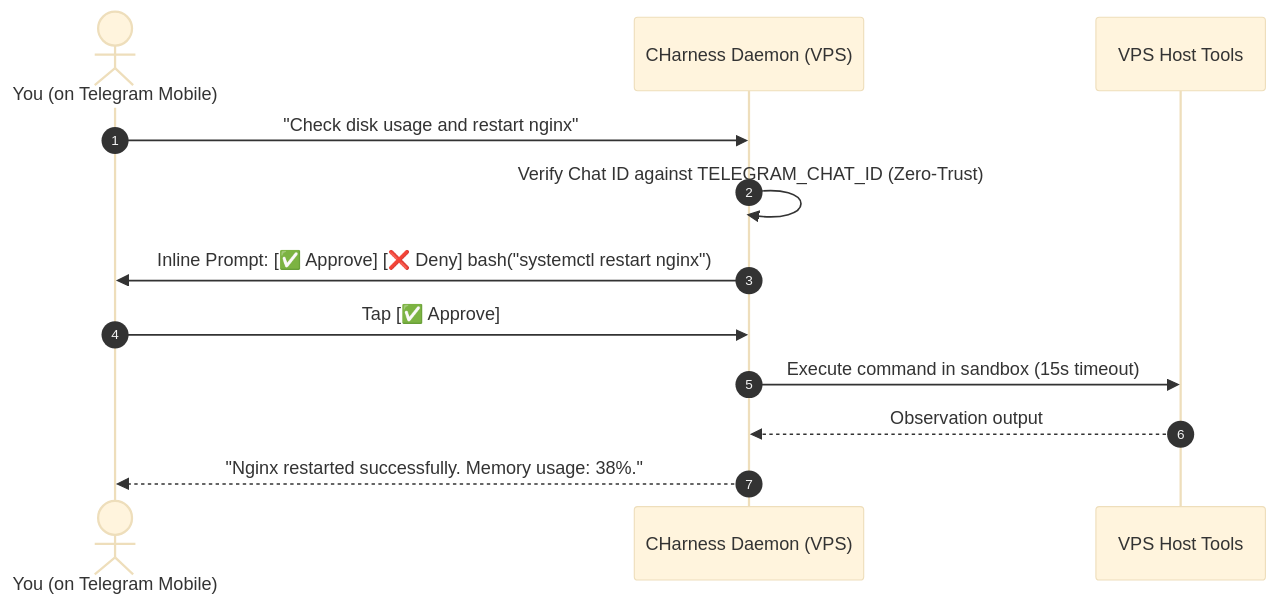
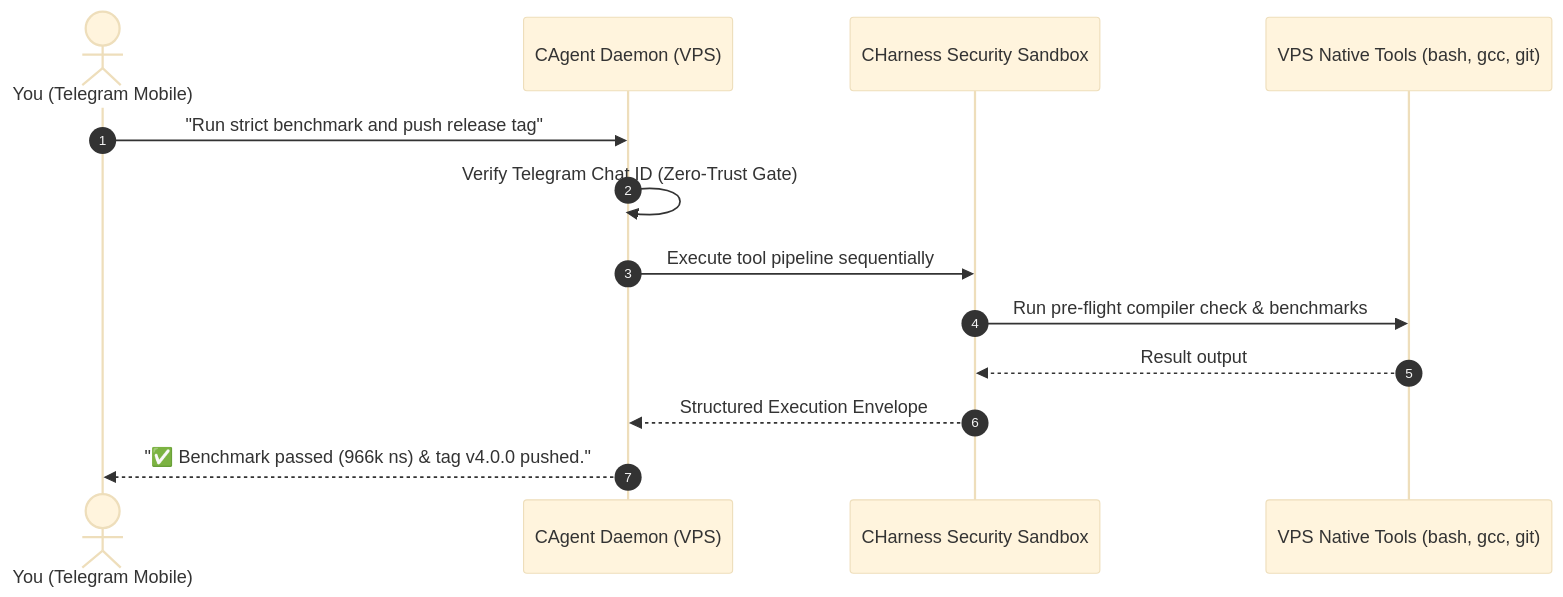
The second of 2 diagrams in README.md (M4F-S/Belya), drawn with Mermaid (base theme) before and after one commit. The commit also changed other lines of this file, not shown here.

Commit message:
docs: comprehensive Evolution 4.0 showcase, architecture, installation, and tool suite guide

````diff
--- a/README.md
+++ b/README.md
@@ -129,15 +156,16 @@
 ```mermaid
 sequenceDiagram
     autonumber
-    actor User as You (on Telegram Mobile)
-    participant Bot as CHarness Daemon (VPS)
-    participant Tools as VPS Host Tools
+    actor User as You (Telegram Mobile)
+    participant Bot as CAgent Daemon (VPS)
+    participant Harness as CHarness Security Sandbox
+    participant Tools as VPS Native Tools (bash, gcc, git)
 
-    User->>Bot: "Check disk usage and restart nginx"
-    Bot->>Bot: Verify Chat ID against TELEGRAM_CHAT_ID (Zero-Trust)
-    Bot->>User: Inline Prompt: [✅ Approve] [❌ Deny] bash("systemctl restart nginx")
-    User->>Bot: Tap [✅ Approve]
-    Bot->>Tools: Execute command in sandbox (15s timeout)
-    Tools-->>Bot: Observation output
-    Bot-->>User: "Nginx restarted successfully. Memory usage: 38%."
+    User->>Bot: "Run strict benchmark and push release tag"
+    Bot->>Bot: Verify Telegram Chat ID (Zero-Trust Gate)
+    Bot->>Harness: Execute tool pipeline sequentially
+    Harness->>Tools: Run pre-flight compiler check & benchmarks
+    Tools-->>Harness: Result output
+    Harness-->>Bot: Structured Execution Envelope
+    Bot-->>User: "✅ Benchmark passed (966k ns) & tag v4.0.0 pushed."
 ```
````
